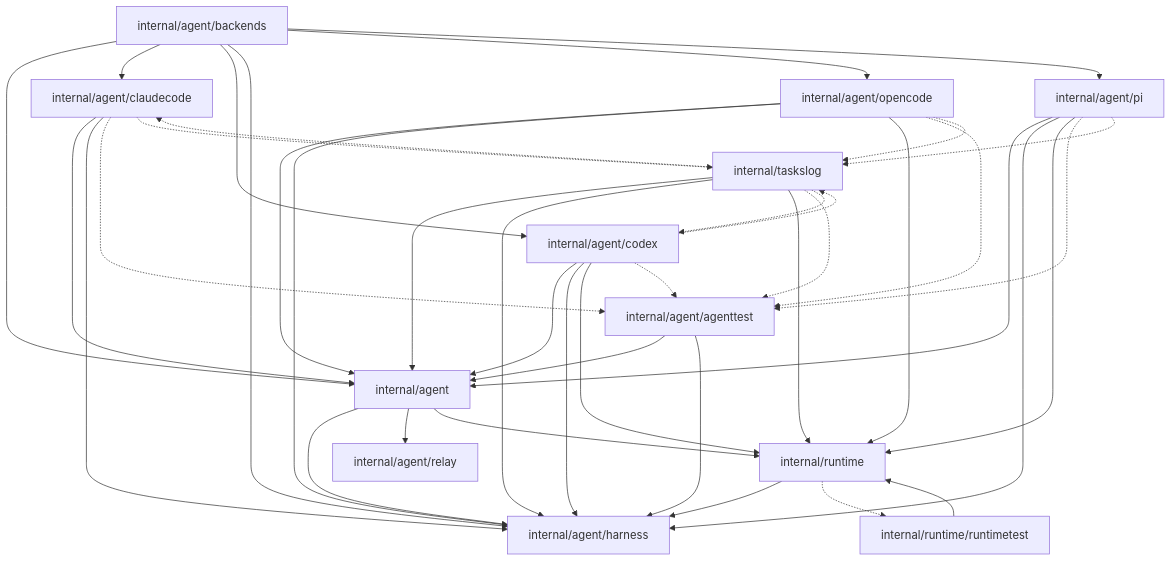
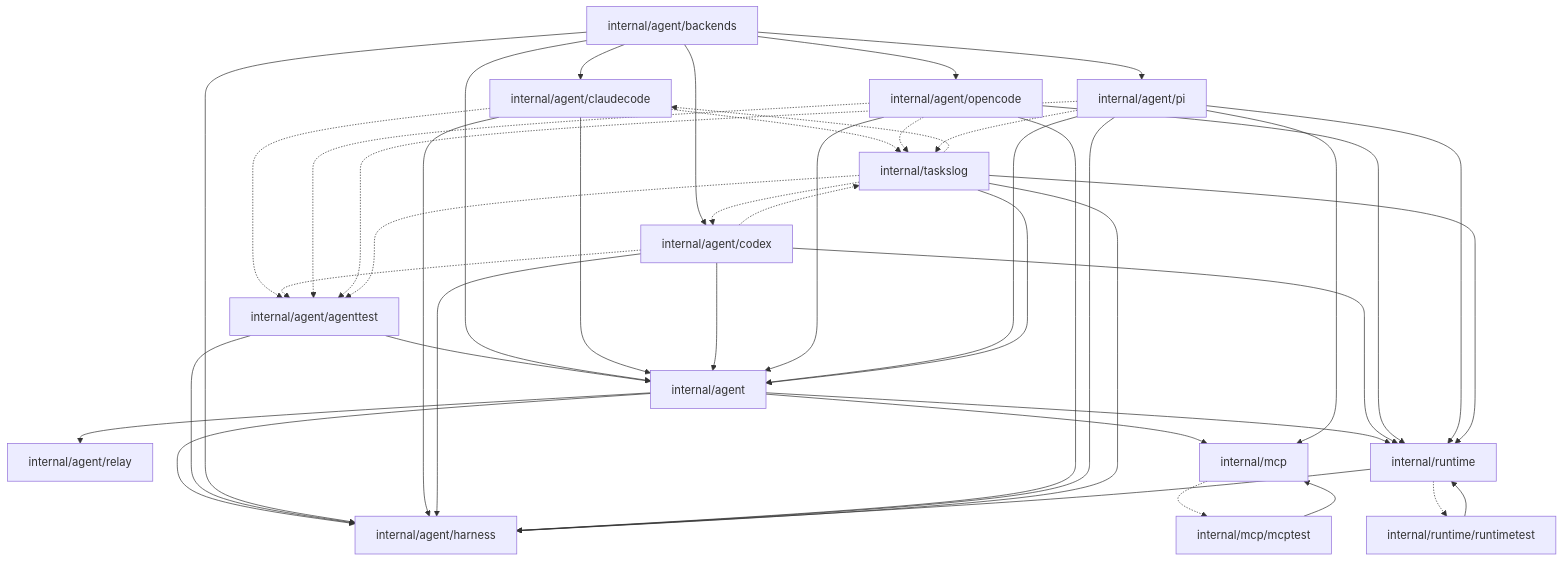
The second of 3 diagrams in backend/docs/ARCHITECTURE.md (caic-xyz/caic), drawn with Mermaid before and after one commit. The commit also changed other lines of this file and 30 other files, not shown here.

````diff
--- a/backend/docs/ARCHITECTURE.md
+++ b/backend/docs/ARCHITECTURE.md
@@ -220,55 +225,61 @@
 ```mermaid
 graph TD
   pkg_internal_agent["internal/agent"]
   pkg_internal_agent_agenttest["internal/agent/agenttest"]
   pkg_internal_agent_backends["internal/agent/backends"]
   pkg_internal_agent_claudecode["internal/agent/claudecode"]
   pkg_internal_agent_codex["internal/agent/codex"]
   pkg_internal_agent_harness["internal/agent/harness"]
   pkg_internal_agent_opencode["internal/agent/opencode"]
   pkg_internal_agent_pi["internal/agent/pi"]
   pkg_internal_agent_relay["internal/agent/relay"]
+  pkg_internal_mcp["internal/mcp"]
+  pkg_internal_mcp_mcptest["internal/mcp/mcptest"]
   pkg_internal_runtime["internal/runtime"]
   pkg_internal_runtime_runtimetest["internal/runtime/runtimetest"]
   pkg_internal_taskslog["internal/taskslog"]
 
   pkg_internal_agent --> pkg_internal_agent_harness
   pkg_internal_agent --> pkg_internal_agent_relay
+  pkg_internal_agent --> pkg_internal_mcp
   pkg_internal_agent --> pkg_internal_runtime
   pkg_internal_agent_agenttest --> pkg_internal_agent
   pkg_internal_agent_agenttest --> pkg_internal_agent_harness
   pkg_internal_agent_backends --> pkg_internal_agent
   pkg_internal_agent_backends --> pkg_internal_agent_claudecode
   pkg_internal_agent_backends --> pkg_internal_agent_codex
   pkg_internal_agent_backends --> pkg_internal_agent_harness
   pkg_internal_agent_backends --> pkg_internal_agent_opencode
   pkg_internal_agent_backends --> pkg_internal_agent_pi
   pkg_internal_agent_claudecode --> pkg_internal_agent
   pkg_internal_agent_claudecode --> pkg_internal_agent_harness
   pkg_internal_agent_claudecode -.-> pkg_internal_agent_agenttest
   pkg_internal_agent_claudecode -.-> pkg_internal_taskslog
   pkg_internal_agent_codex --> pkg_internal_agent
   pkg_internal_agent_codex --> pkg_internal_agent_harness
   pkg_internal_agent_codex --> pkg_internal_runtime
   pkg_internal_agent_codex -.-> pkg_internal_agent_agenttest
   pkg_internal_agent_codex -.-> pkg_internal_taskslog
   pkg_internal_agent_opencode --> pkg_internal_agent
   pkg_internal_agent_opencode --> pkg_internal_agent_harness
   pkg_internal_agent_opencode --> pkg_internal_runtime
   pkg_internal_agent_opencode -.-> pkg_internal_agent_agenttest
   pkg_internal_agent_opencode -.-> pkg_internal_taskslog
   pkg_internal_agent_pi --> pkg_internal_agent
   pkg_internal_agent_pi --> pkg_internal_agent_harness
+  pkg_internal_agent_pi --> pkg_internal_mcp
   pkg_internal_agent_pi --> pkg_internal_runtime
   pkg_internal_agent_pi -.-> pkg_internal_agent_agenttest
   pkg_internal_agent_pi -.-> pkg_internal_taskslog
+  pkg_internal_mcp -.-> pkg_internal_mcp_mcptest
+  pkg_internal_mcp_mcptest --> pkg_internal_mcp
   pkg_internal_runtime --> pkg_internal_agent_harness
   pkg_internal_runtime -.-> pkg_internal_runtime_runtimetest
   pkg_internal_runtime_runtimetest --> pkg_internal_runtime
   pkg_internal_taskslog --> pkg_internal_agent
   pkg_internal_taskslog --> pkg_internal_agent_harness
   pkg_internal_taskslog --> pkg_internal_runtime
   pkg_internal_taskslog -.-> pkg_internal_agent_agenttest
   pkg_internal_taskslog -.-> pkg_internal_agent_claudecode
   pkg_internal_taskslog -.-> pkg_internal_agent_codex
 ```
````
